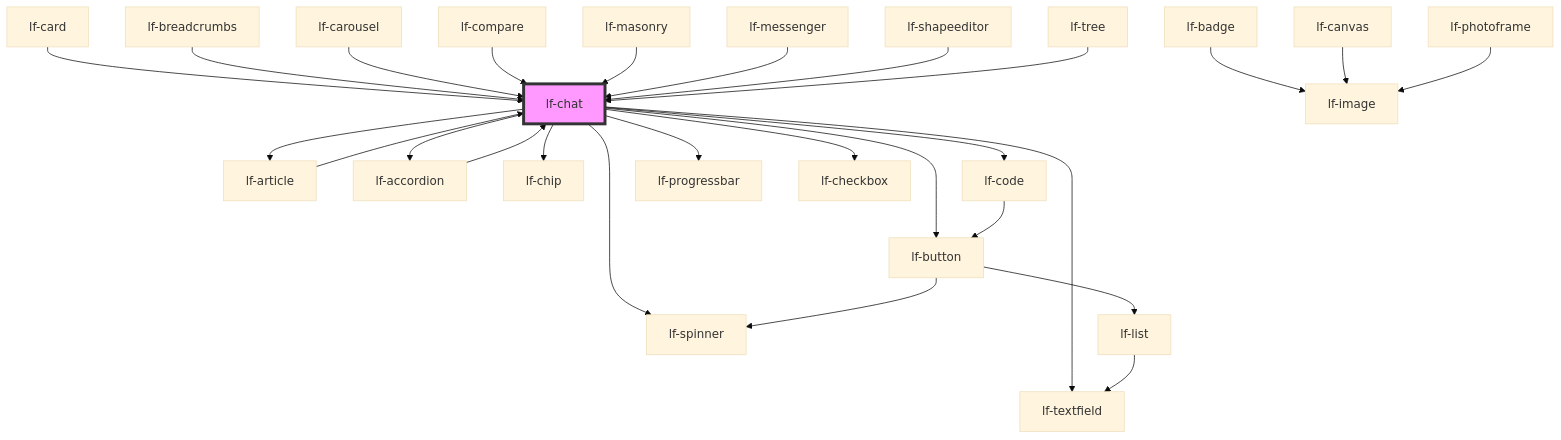
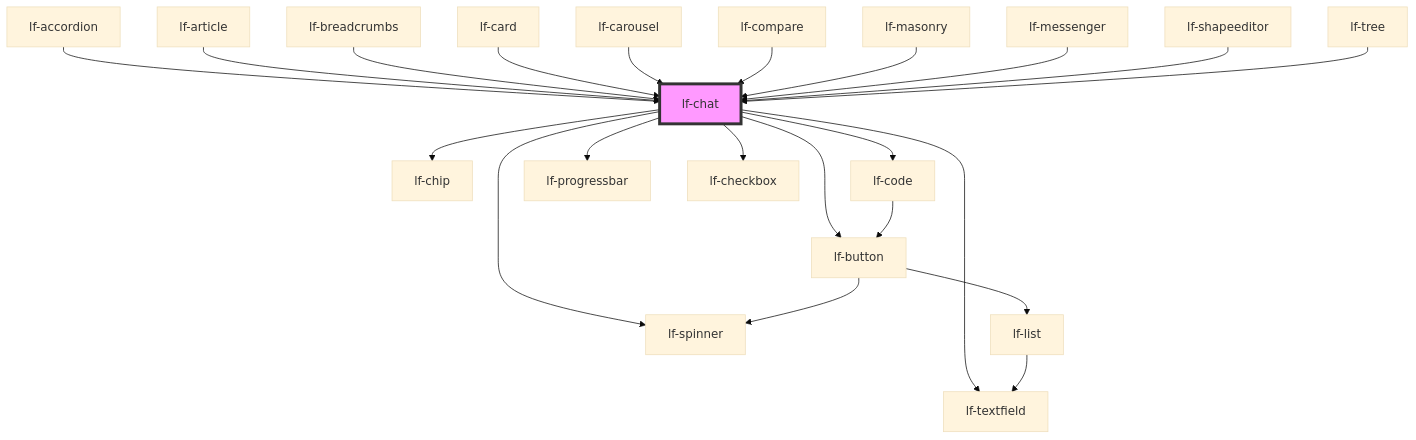
The diagram in packages/core/src/components/lf-chat/readme.md (lucafoscili/lf-widgets), drawn with Mermaid (base theme) before and after one commit. The commit also changed other lines of this file and 21 other files, not shown here.

````diff
--- a/packages/core/src/components/lf-chat/readme.md
+++ b/packages/core/src/components/lf-chat/readme.md
@@ -285,30 +283,25 @@
 ```mermaid
 graph TD;
-  lf-chat --> lf-spinner
-  lf-chat --> lf-article
-  lf-chat --> lf-accordion
   lf-chat --> lf-chip
   lf-chat --> lf-button
   lf-chat --> lf-textfield
+  lf-chat --> lf-spinner
   lf-chat --> lf-code
   lf-chat --> lf-progressbar
   lf-chat --> lf-checkbox
-  lf-article --> lf-chat
-  lf-accordion --> lf-chat
-  lf-badge --> lf-image
   lf-button --> lf-list
   lf-button --> lf-spinner
   lf-list --> lf-textfield
-  lf-canvas --> lf-image
+  lf-code --> lf-button
+  lf-accordion --> lf-chat
+  lf-article --> lf-chat
+  lf-breadcrumbs --> lf-chat
   lf-card --> lf-chat
-  lf-code --> lf-button
-  lf-photoframe --> lf-image
-  lf-breadcrumbs --> lf-chat
   lf-carousel --> lf-chat
   lf-compare --> lf-chat
   lf-masonry --> lf-chat
   lf-messenger --> lf-chat
   lf-shapeeditor --> lf-chat
   lf-tree --> lf-chat
   style lf-chat fill:#f9f,stroke:#333,stroke-width:4px
 ```
````
